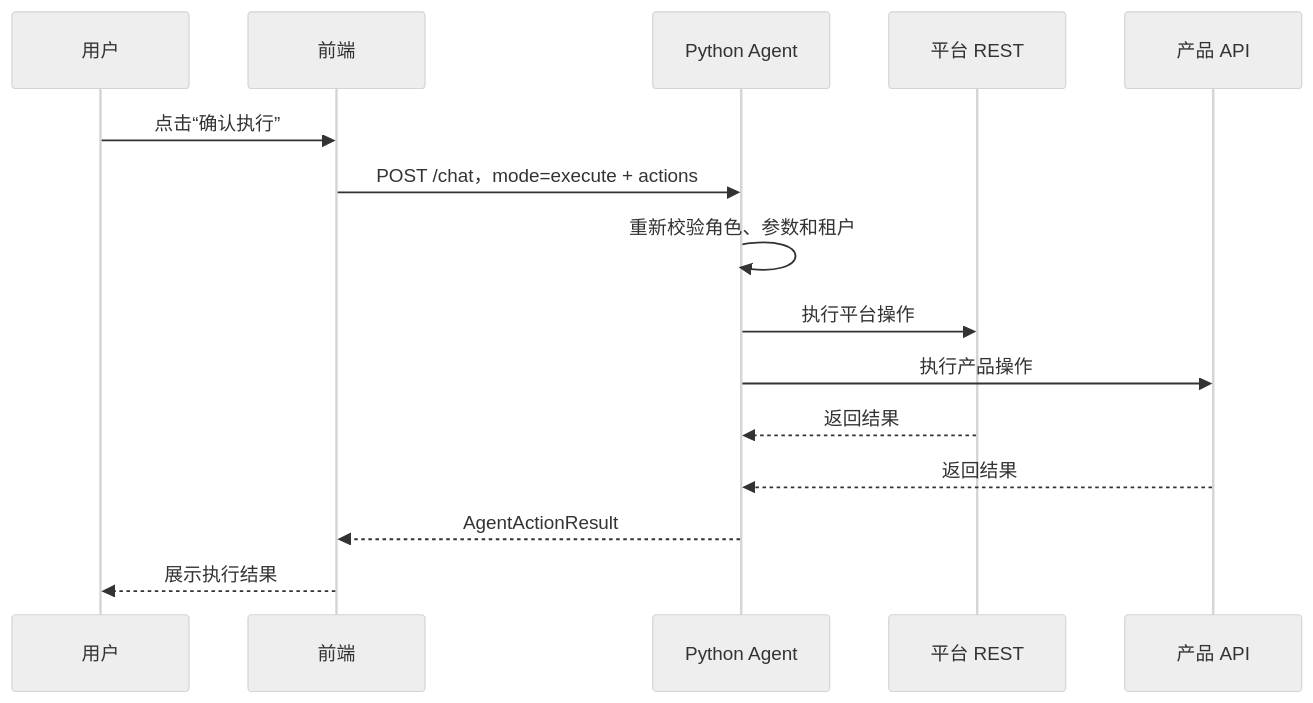
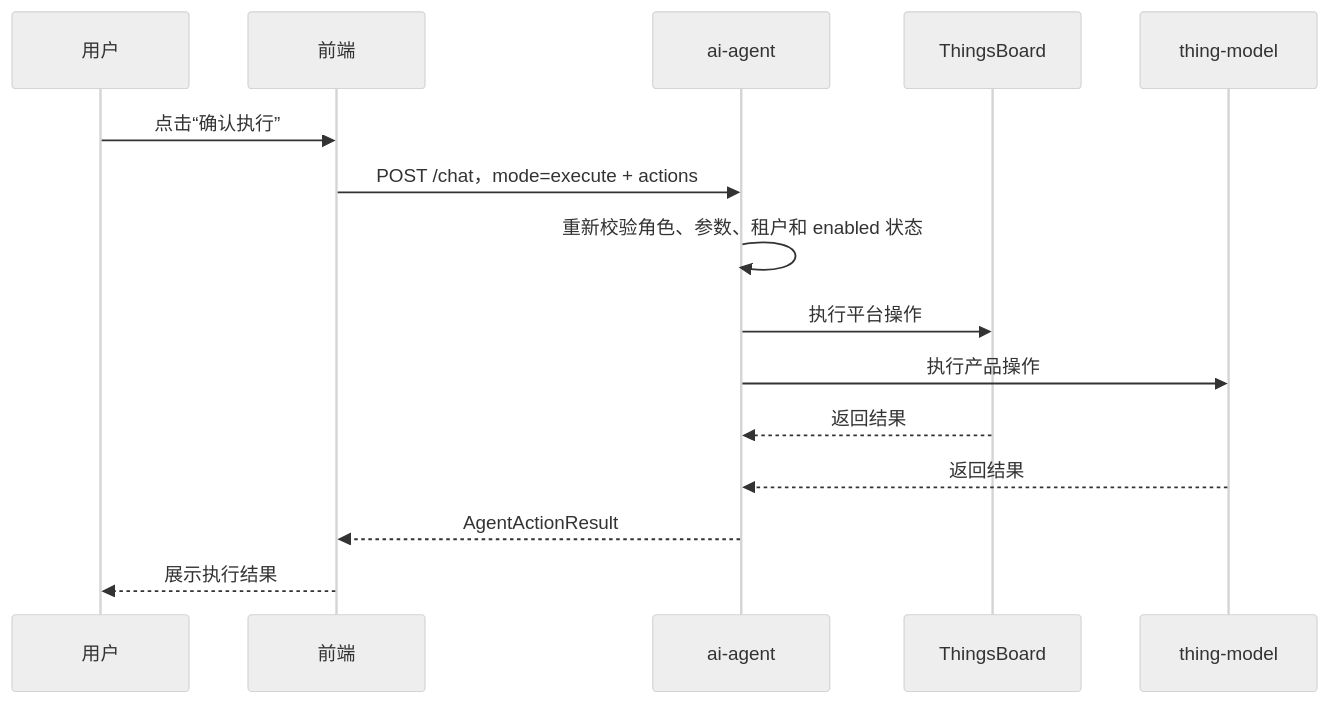
The third of 3 diagrams in docs/11-AI-Agent对话助手方案.md (beancookie/thingsboard), drawn with Mermaid (neutral theme) before and after one commit. The commit also changed other lines of this file and 115 other files, not shown here.

````diff
--- a/docs/11-AI-Agent对话助手方案.md
+++ b/docs/11-AI-Agent对话助手方案.md
@@ -349,18 +534,18 @@
 ```mermaid
 sequenceDiagram
   participant U as 用户
   participant FE as 前端
-  participant A as Python Agent
-  participant TB as 平台 REST
-  participant TM as 产品 API
+  participant A as ai-agent
+  participant TB as ThingsBoard
+  participant TM as thing-model
 
   U->>FE: 点击“确认执行”
   FE->>A: POST /chat，mode=execute + actions
-  A->>A: 重新校验角色、参数和租户
+  A->>A: 重新校验角色、参数、租户和 enabled 状态
   A->>TB: 执行平台操作
   A->>TM: 执行产品操作
   TB-->>A: 返回结果
   TM-->>A: 返回结果
   A-->>FE: AgentActionResult
   FE-->>U: 展示执行结果
 ```
````
